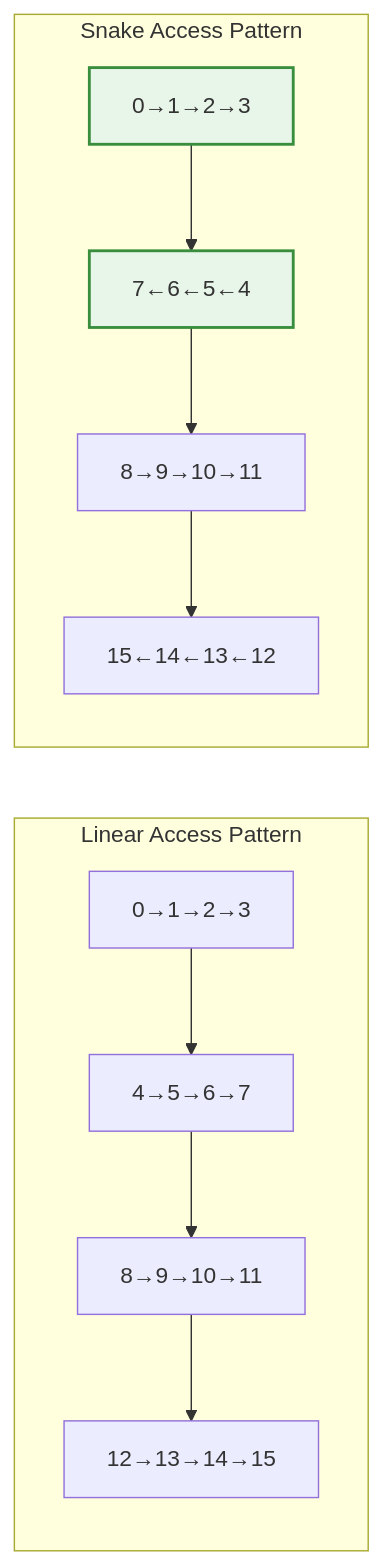
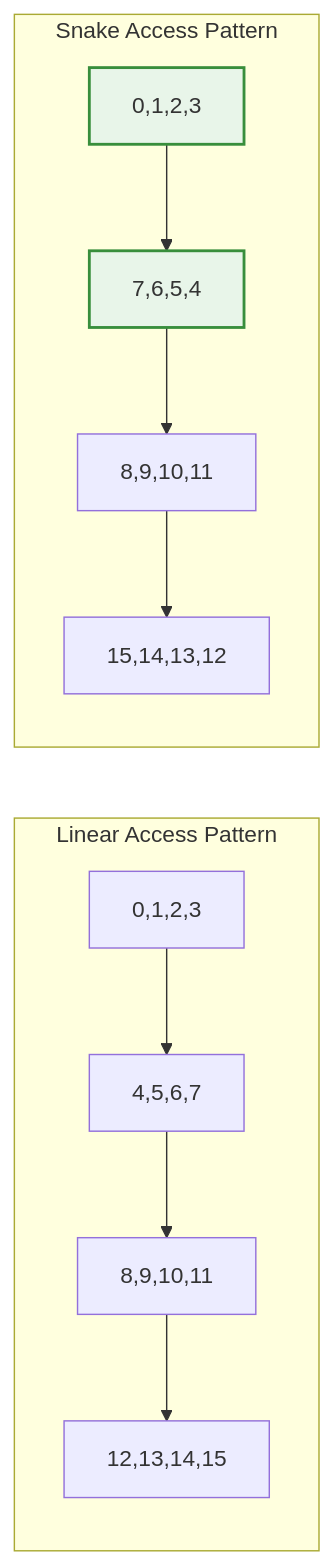
The second of 5 diagrams in docs/conceptual/ck_tile/tile_window.rst (ROCm/composable_kernel), drawn with Mermaid before and after one commit. The commit also changed other lines of this file, not shown here.

Commit message:
Fix tile window API description

```diff
--- a/docs/conceptual/ck_tile/tile_window.rst
+++ b/docs/conceptual/ck_tile/tile_window.rst
@@ -175,27 +175,27 @@
    .. mermaid::
    
       graph LR
           subgraph "Linear Access Pattern"
-              L1["0→1→2→3"]
-              L2["4→5→6→7"]
-              L3["8→9→10→11"]
-              L4["12→13→14→15"]
+              L1["0,1,2,3"]
+              L2["4,5,6,7"]
+              L3["8,9,10,11"]
+              L4["12,13,14,15"]
           end
           
           subgraph "Snake Access Pattern"
-              S1["0→1→2→3"]
-              S2["7←6←5←4"]
-              S3["8→9→10→11"]
-              S4["15←14←13←12"]
+              S1["0,1,2,3"]
+              S2["7,6,5,4"]
+              S3["8,9,10,11"]
+              S4["15,14,13,12"]
           end
           
           L1 --> L2
           L2 --> L3
           L3 --> L4
           
           S1 --> S2
           S2 --> S3
           S3 --> S4
           
           style S1 fill:#e8f5e9,stroke:#388e3c,stroke-width:2px
           style S2 fill:#e8f5e9,stroke:#388e3c,stroke-width:2px
```
